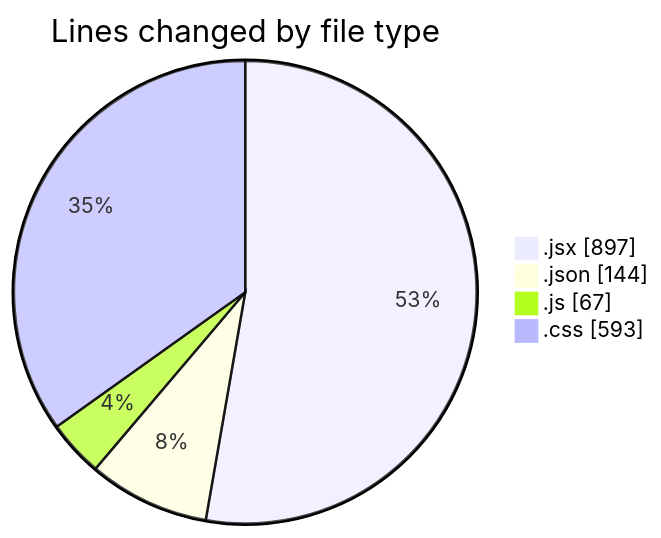
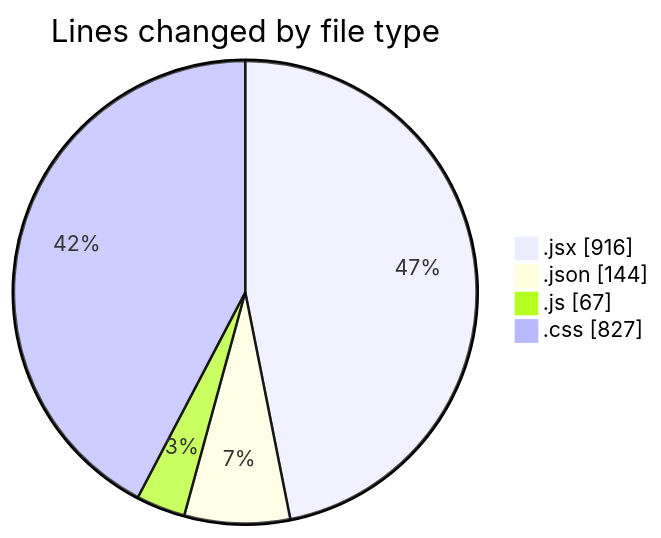
Before and after one commit to BS-eng2023/code-tracking: the first of 2 diagrams in 2025-05-04/project/README.md, drawn with Mermaid. The commit also changed other lines of this file and 1 other file, not shown here.

````diff
--- a/2025-05-04/project/README.md
+++ b/2025-05-04/project/README.md
@@ -35,8 +35,8 @@
 ```mermaid
 pie showData
 title Lines changed by file type
-".jsx" : 897
+".jsx" : 916
 ".json" : 144
 ".js" : 67
-".css" : 593
+".css" : 827
 ```
````
